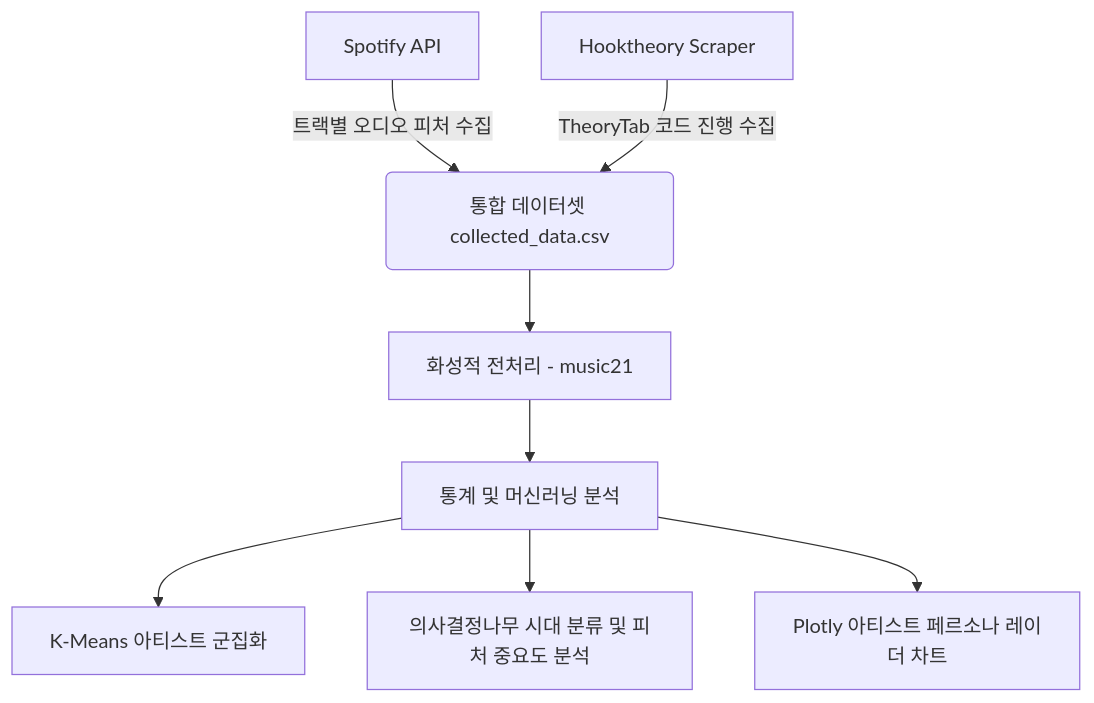
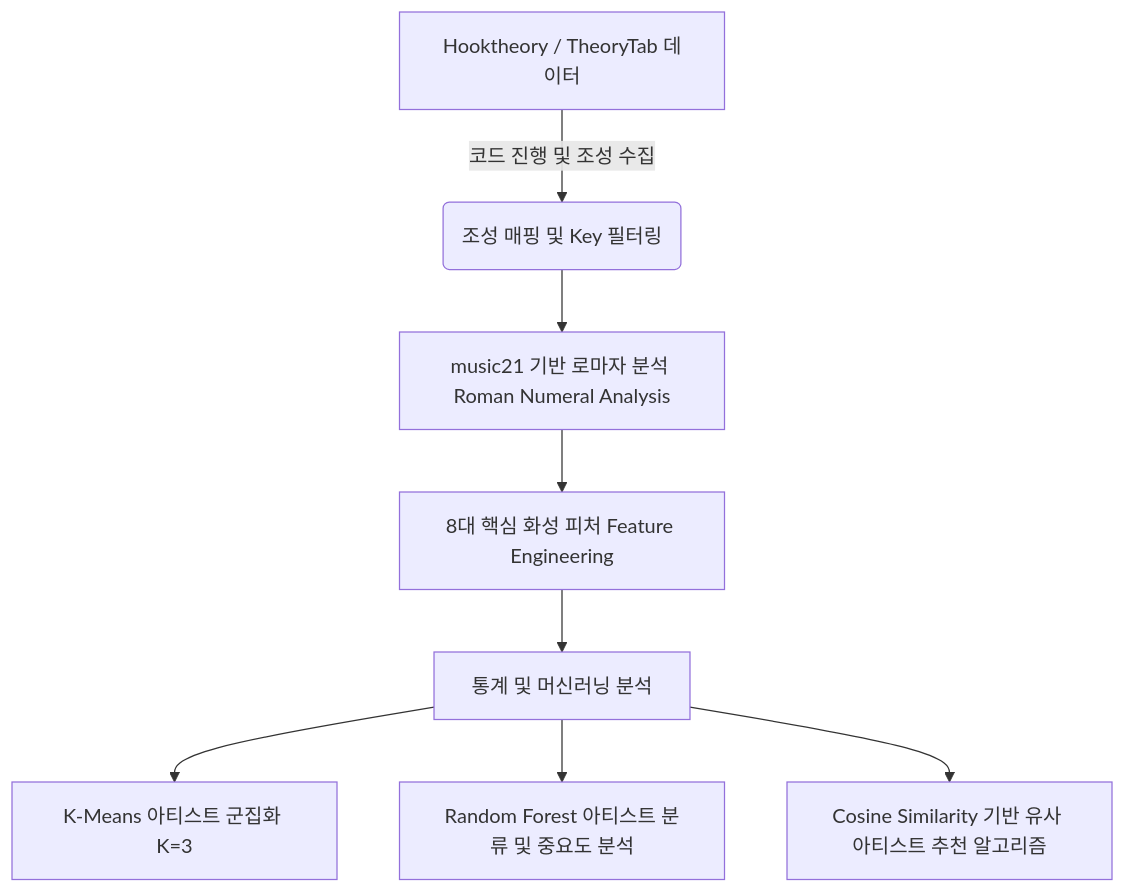
Before and after one commit to eoog333/Chord-Analysis-with-Famous-Artist: the diagram in README.md, drawn with Mermaid. The commit also changed other lines of this file, not shown here.

Commit message:
docs: update README.md with latest analysis pipeline and feature engineering

````diff
--- a/README.md
+++ b/README.md
@@ -11,10 +11,10 @@
 ```mermaid
 graph TD
-    A[Spotify API] -->|트랙별 오디오 피처 수집| C(통합 데이터셋 collected_data.csv)
-    B[Hooktheory Scraper] -->|TheoryTab 코드 진행 수집| C
-    C --> D[화성적 전처리 - music21]
+    A[Hooktheory / TheoryTab 데이터] -->|코드 진행 및 조성 수집| B(조성 매핑 및 Key 필터링)
+    B --> C[music21 기반 로마자 분석 Roman Numeral Analysis]
+    C --> D[8대 핵심 화성 피처 Feature Engineering]
     D --> E[통계 및 머신러닝 분석]
-    E --> F[K-Means 아티스트 군집화]
-    E --> G[의사결정나무 시대 분류 및 피처 중요도 분석]
-    E --> H[Plotly 아티스트 페르소나 레이더 차트]
+    E --> F[K-Means 아티스트 군집화 K=3]
+    E --> G[Random Forest 아티스트 분류 및 중요도 분석]
+    E --> H[Cosine Similarity 기반 유사 아티스트 추천 알고리즘]
 ```
````
